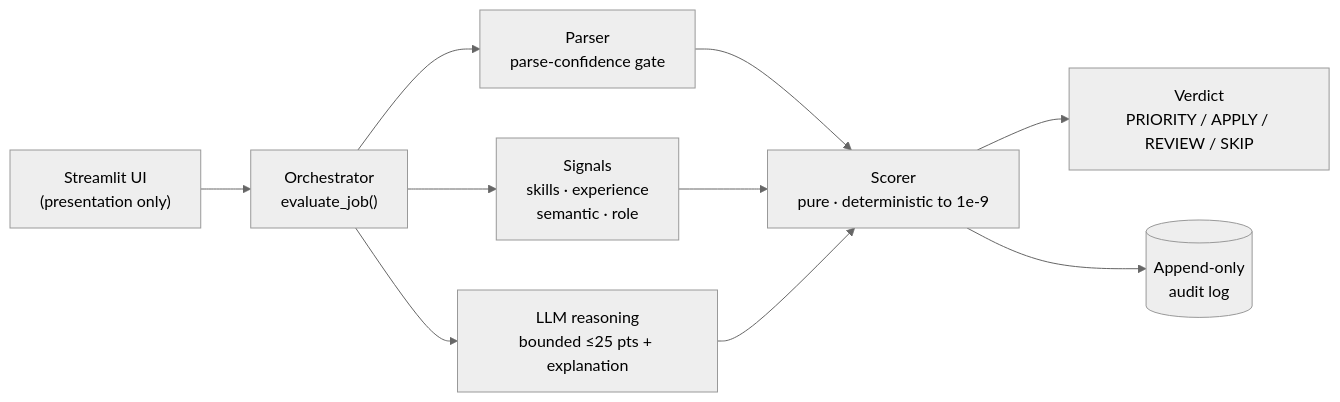
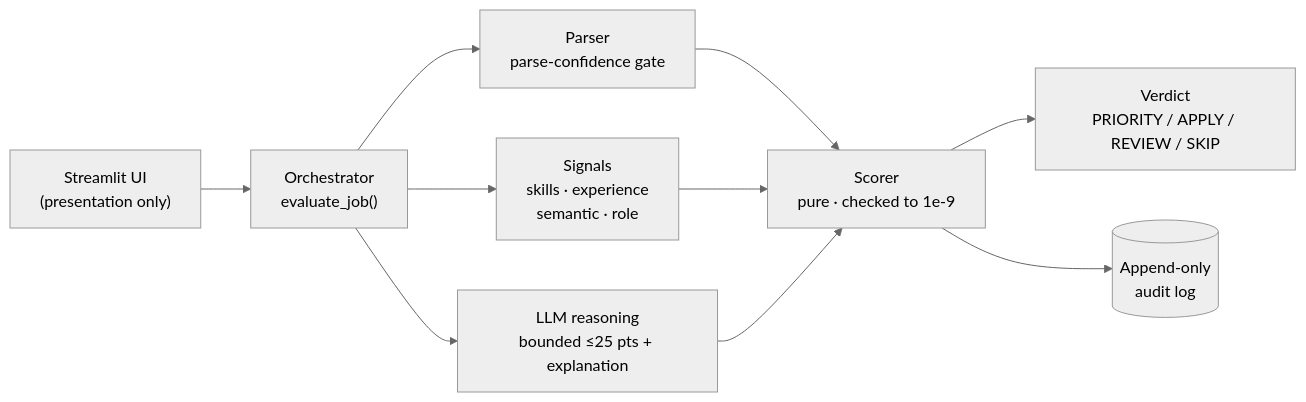
Before and after one commit to MarwaBS/Job_Decision_Engine: the diagram in README.md, drawn with Mermaid (neutral theme). The commit also changed other lines of this file and 1 other file, not shown here.

````diff
--- a/README.md
+++ b/README.md
@@ -58,12 +58,12 @@
 ```mermaid
 flowchart LR
   UI["Streamlit UI<br/>(presentation only)"] --> ORC["Orchestrator<br/>evaluate_job()"]
   ORC --> P["Parser<br/>parse-confidence gate"]
   ORC --> SIG["Signals<br/>skills · experience<br/>semantic · role"]
   ORC --> LLM["LLM reasoning<br/>bounded ≤25 pts + explanation"]
-  P --> SC["Scorer<br/>pure · deterministic to 1e-9"]
+  P --> SC["Scorer<br/>pure · checked to 1e-9"]
   SIG --> SC
   LLM --> SC
   SC --> V["Verdict<br/>PRIORITY / APPLY / REVIEW / SKIP"]
   SC --> DB[("Append-only<br/>audit log")]
 ```
````
